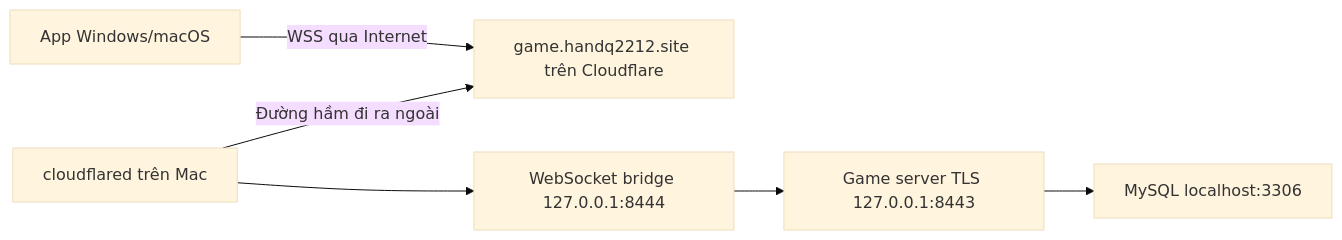
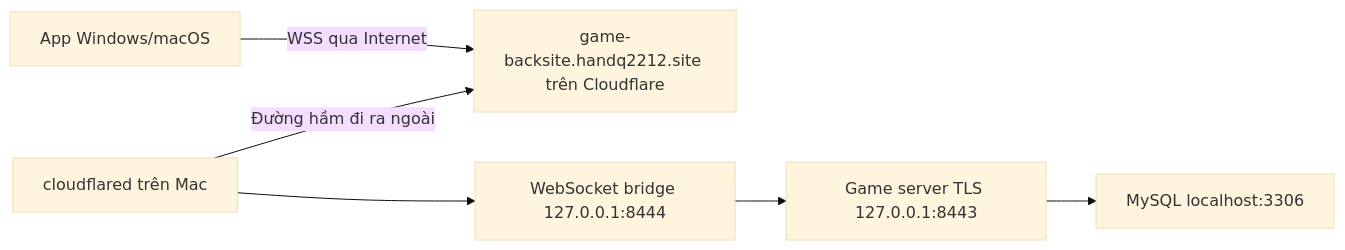
One commit to HandQ2212/Darts-Battle changed the diagram in docs/ONE_CLICK_INTERNET.md. Above: the diagram before and after it, drawn with Mermaid (base theme). The commit also changed other lines of this file and 7 other files, not shown here.

````diff
--- a/docs/ONE_CLICK_INTERNET.md
+++ b/docs/ONE_CLICK_INTERNET.md
@@ -8,8 +9,8 @@
 ```mermaid
 flowchart LR
-    A[App Windows/macOS] -->|WSS qua Internet| B[game.handq2212.site trên Cloudflare]
+    A[App Windows/macOS] -->|WSS qua Internet| B[game-backsite.handq2212.site trên Cloudflare]
     C[cloudflared trên Mac] -->|Đường hầm đi ra ngoài| B
     C --> D[WebSocket bridge 127.0.0.1:8444]
     D --> E[Game server TLS 127.0.0.1:8443]
     E --> F[MySQL localhost:3306]
 ```
````
